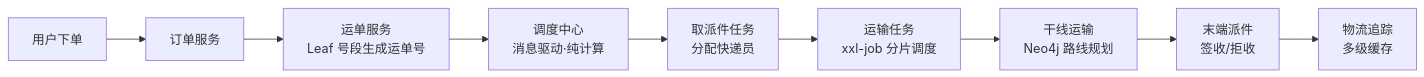
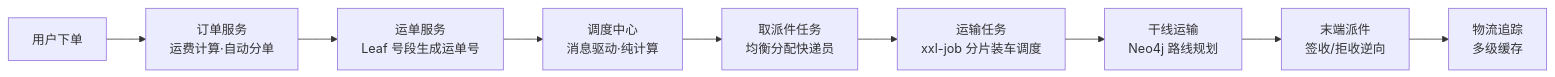
Before and after one commit to lbx-ux/sl-express: the first of 3 diagrams in README.md, drawn with Mermaid. The commit also changed other lines of this file, not shown here.

````diff
--- a/README.md
+++ b/README.md
@@ -9,11 +15,11 @@
 ```mermaid
 flowchart LR
-    A[用户下单] --> B[订单服务]
+    A[用户下单] --> B[订单服务<br/>运费计算·自动分单]
     B --> C[运单服务<br/>Leaf 号段生成运单号]
     C --> D[调度中心<br/>消息驱动·纯计算]
-    D --> E[取派件任务<br/>分配快递员]
-    E --> F[运输任务<br/>xxl-job 分片调度]
+    D --> E[取派件任务<br/>均衡分配快递员]
+    E --> F[运输任务<br/>xxl-job 分片装车调度]
     F --> G[干线运输<br/>Neo4j 路线规划]
-    G --> H[末端派件<br/>签收/拒收]
+    G --> H[末端派件<br/>签收/拒收逆向]
     H --> I[物流追踪<br/>多级缓存]
 ```
````
